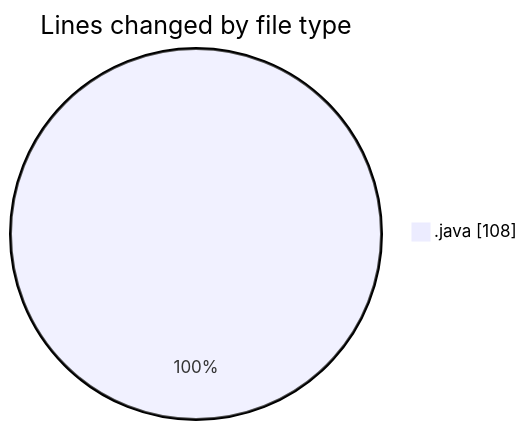
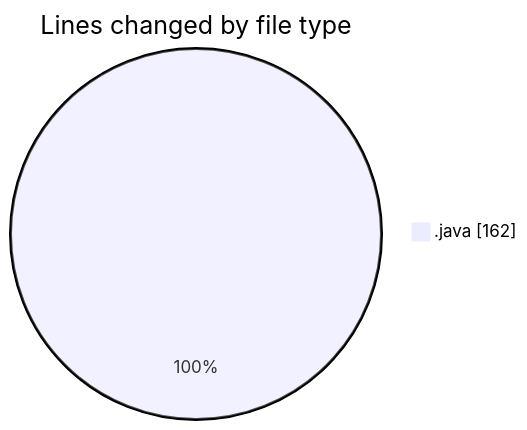
The first of 2 diagrams in 2025-12-28/java_basics/README.md (hasnaa123/code-tracking), drawn with Mermaid before and after one commit. The commit also changed other lines of this file and 1 other file, not shown here.

````diff
--- a/2025-12-28/java_basics/README.md
+++ b/2025-12-28/java_basics/README.md
@@ -20,5 +20,5 @@
 ```mermaid
 pie showData
 title Lines changed by file type
-".java" : 108
+".java" : 162
 ```
````
